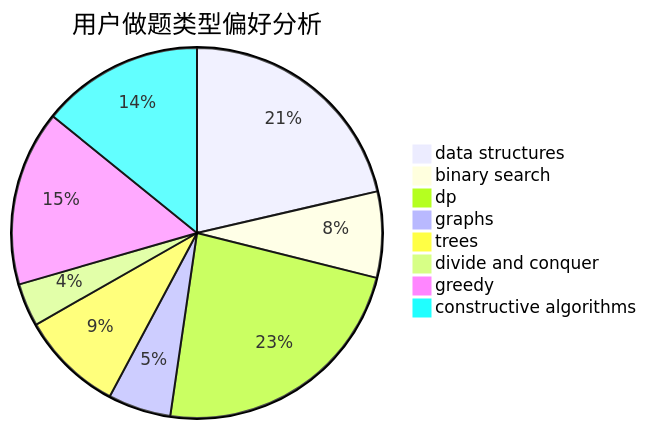
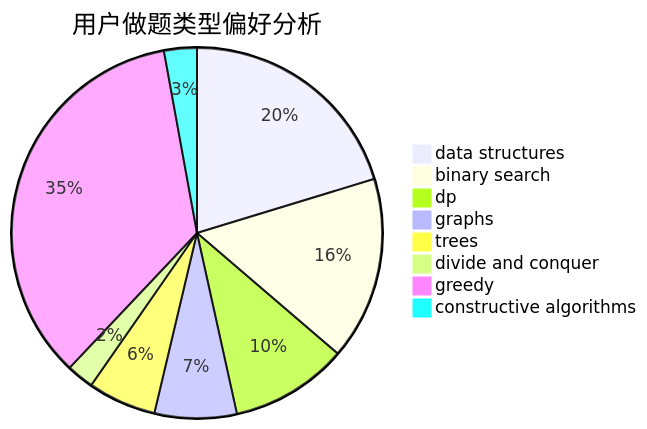
One commit to sherpahu/cfrs.github.io changed the second of 3 diagrams in docs/user/u2359.md. Above: the diagram before and after it, drawn with Mermaid. The commit also changed other lines of this file and 2770 other files, not shown here.

````diff
--- a/docs/user/u2359.md
+++ b/docs/user/u2359.md
@@ -23,11 +23,11 @@
 ```mermaid
 pie title 用户做题类型偏好分析
-    "data structures" :  74
-    "binary search" :  26
-    "dp" :  81
-    "graphs" :  19
-    "trees" :  31
-    "divide and conquer" :  13
-    "greedy" :  53
-    "constructive algorithms" :  49
+    "data structures" :  85
+    "binary search" :  67
+    "dp" :  43
+    "graphs" :  30
+    "trees" :  25
+    "divide and conquer" :  10
+    "greedy" :  147
+    "constructive algorithms" :  12
 ```
````
